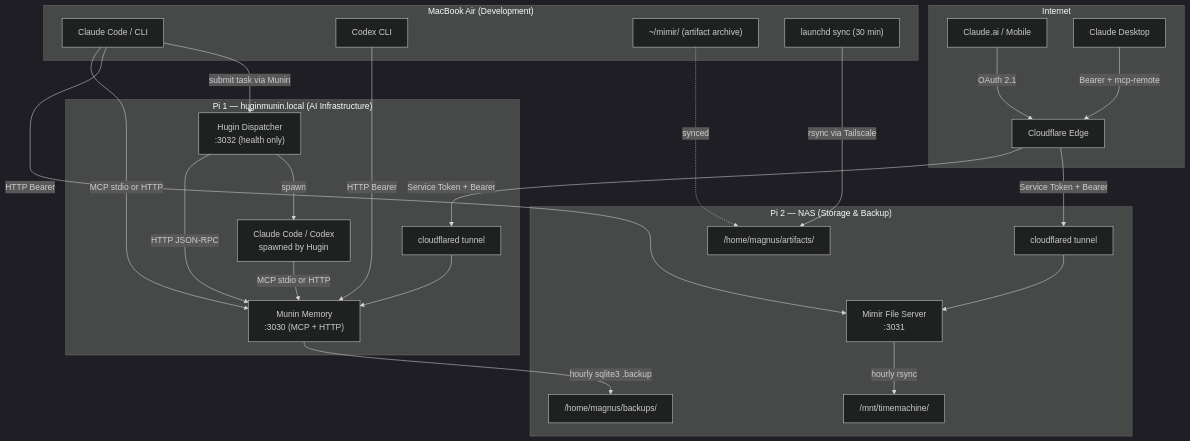
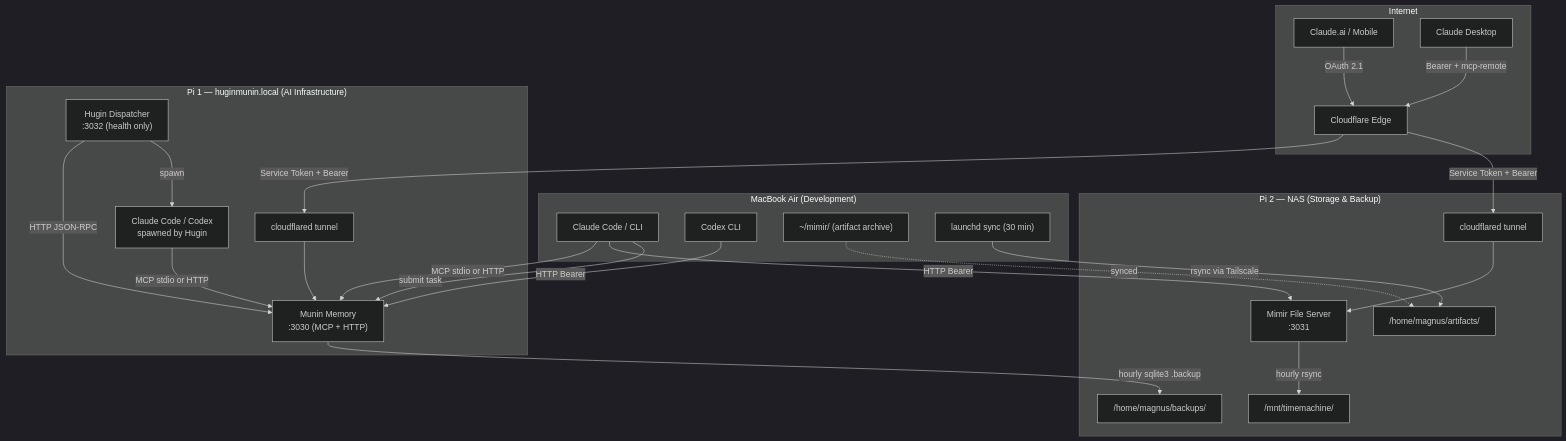
Before and after one commit to Magnus-Gille/hugin: the first of 4 diagrams in docs/architecture.md, drawn with Mermaid (dark theme). The commit also changed other lines of this file and 1 other file, not shown here.

First line of the commit message:
fix(docs): correct inaccuracies in architecture guide

````diff
--- a/docs/architecture.md
+++ b/docs/architecture.md
@@ -34,55 +34,55 @@
 ```mermaid
 graph TB
     subgraph Internet
         CF[Cloudflare Edge]
         Claude_Web[Claude.ai / Mobile]
         Claude_Desktop[Claude Desktop]
     end
 
     subgraph MacBook["MacBook Air (Development)"]
         CC[Claude Code / CLI]
         Codex[Codex CLI]
         Files_Laptop["~/mimir/ (artifact archive)"]
         Launchd["launchd sync (30 min)"]
     end
 
     subgraph Pi1["Pi 1 — huginmunin.local (AI Infrastructure)"]
         Munin["Munin Memory<br/>:3030 (MCP + HTTP)"]
         Hugin["Hugin Dispatcher<br/>:3032 (health only)"]
         Claude_Pi[Claude Code / Codex<br/>spawned by Hugin]
         Tunnel_Munin["cloudflared tunnel"]
     end
 
     subgraph Pi2["Pi 2 — NAS (Storage & Backup)"]
         Mimir["Mimir File Server<br/>:3031"]
         Artifacts["/home/magnus/artifacts/"]
         Backups["/home/magnus/backups/"]
         TimeMachine["/mnt/timemachine/"]
         Tunnel_Mimir["cloudflared tunnel"]
     end
 
     %% Cloud → Edge → Services
     Claude_Web -->|OAuth 2.1| CF
     Claude_Desktop -->|Bearer + mcp-remote| CF
     CF -->|Service Token + Bearer| Tunnel_Munin --> Munin
     CF -->|Service Token + Bearer| Tunnel_Mimir --> Mimir
 
     %% Local connections
     CC -->|MCP stdio or HTTP| Munin
     CC -->|HTTP Bearer| Mimir
     Codex -->|HTTP Bearer| Munin
     Hugin -->|HTTP JSON-RPC| Munin
     Claude_Pi -->|MCP stdio or HTTP| Munin
 
     %% File sync
     Launchd -->|rsync via Tailscale| Artifacts
     Files_Laptop -.->|synced| Artifacts
 
     %% Backup flows
     Munin -->|hourly sqlite3 .backup| Backups
     Mimir -->|hourly rsync| TimeMachine
 
     %% Task flow
-    CC -->|submit task via Munin| Hugin
+    CC -->|submit task| Munin
     Hugin -->|spawn| Claude_Pi
 ```
````
